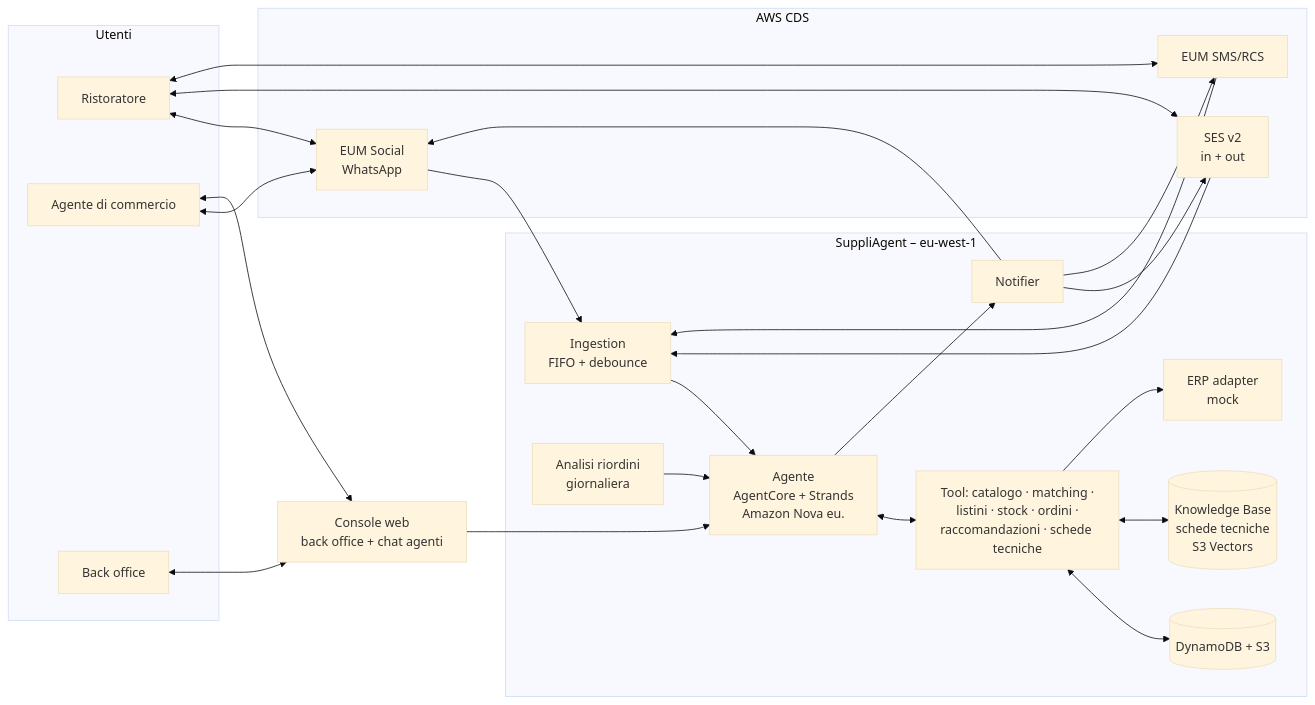
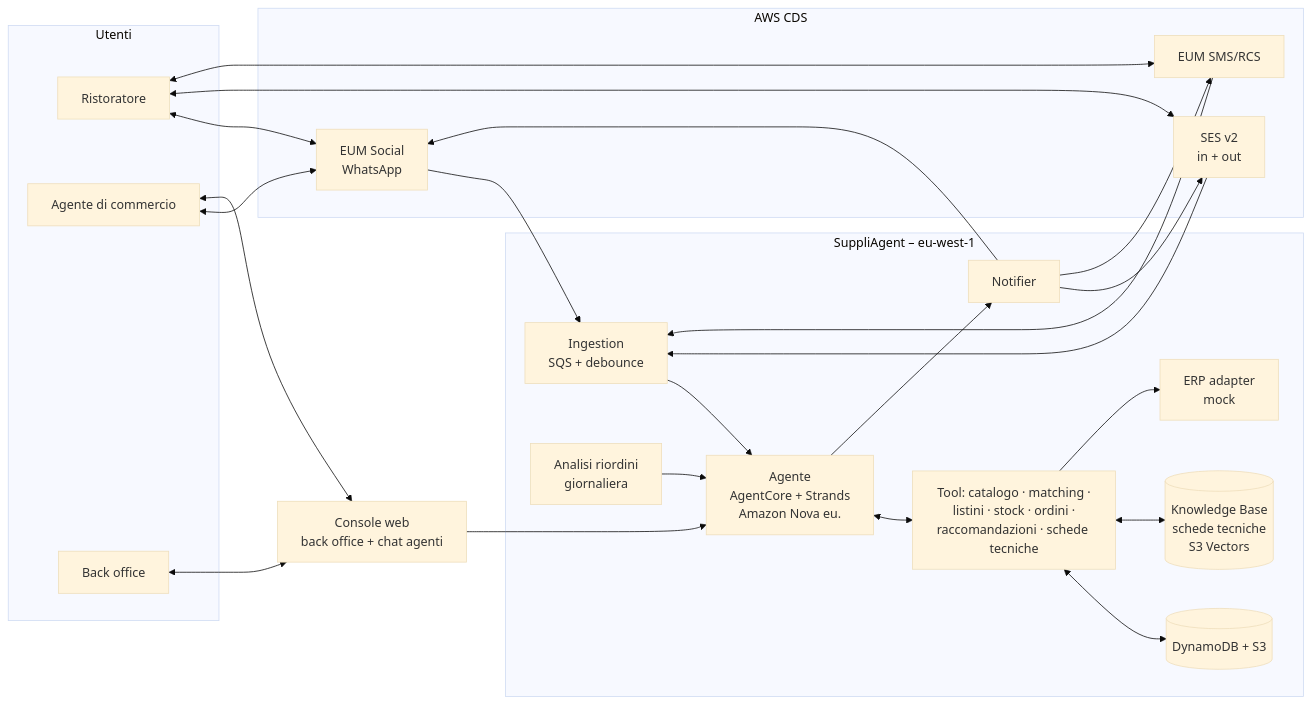
Before and after one commit to besharpsrl/aws-cds-hackathon-2026-suppliagent: the diagram in SUPPLIAGENT_SOLUTION.md, drawn with Mermaid (base theme). The commit also changed 27 other files, not shown here.

````diff
--- a/SUPPLIAGENT_SOLUTION.md
+++ b/SUPPLIAGENT_SOLUTION.md
@@ -71,45 +71,45 @@
 ```mermaid
 flowchart LR
     subgraph Utenti
         R[Ristoratore]
         A[Agente di commercio]
         BO[Back office]
     end
     subgraph CDS[AWS CDS]
         WA[EUM Social<br/>WhatsApp]
         SES[SES v2<br/>in + out]
         EUM[EUM SMS/RCS]
     end
     subgraph Core[SuppliAgent – eu-west-1]
-        ING[Ingestion<br/>FIFO + debounce]
+        ING[Ingestion<br/>SQS + debounce]
         AG[Agente<br/>AgentCore + Strands<br/>Amazon Nova eu.]
         T[Tool: catalogo · matching ·<br/>listini · stock · ordini ·<br/>raccomandazioni · schede tecniche]
         KB[(Knowledge Base<br/>schede tecniche<br/>S3 Vectors)]
         DB[(DynamoDB + S3)]
         ERP[ERP adapter<br/>mock]
         N[Notifier]
         PRO[Analisi riordini<br/>giornaliera]
     end
     CON[Console web<br/>back office + chat agenti]
 
     R <--> WA
     R <--> SES
     R <--> EUM
     A <--> WA
     A <--> CON
     BO <--> CON
     WA --> ING
     SES --> ING
     EUM --> ING
     ING --> AG
     CON --> AG
     AG <--> T
     T <--> DB
     T <--> KB
     T --> ERP
     AG --> N
     PRO --> AG
     N --> WA
     N --> SES
     N --> EUM
 ```
````
